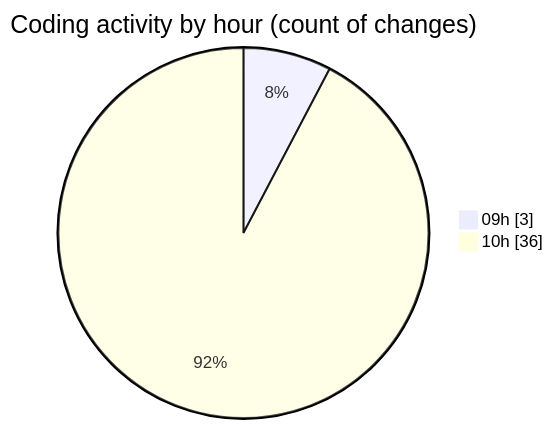
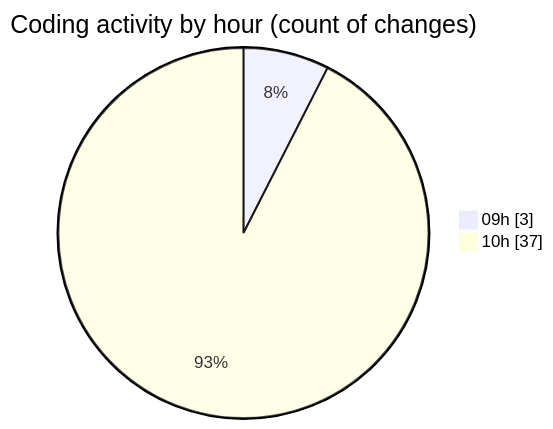
One commit to CELIANVF/code-tracking changed the second of 2 diagrams in 2025-05-19/ecodeli-1/README.md. Above: the diagram before and after it, drawn with Mermaid. The commit also changed other lines of this file and 1 other file, not shown here.

````diff
--- a/2025-05-19/ecodeli-1/README.md
+++ b/2025-05-19/ecodeli-1/README.md
@@ -43,6 +43,6 @@
 ```mermaid
 pie showData
 title Coding activity by hour (count of changes)
 "09h" : 3
-"10h" : 36
+"10h" : 37
 ```
````
